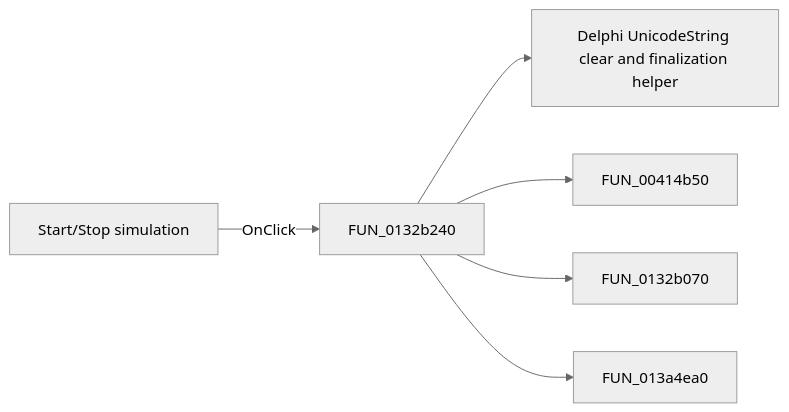
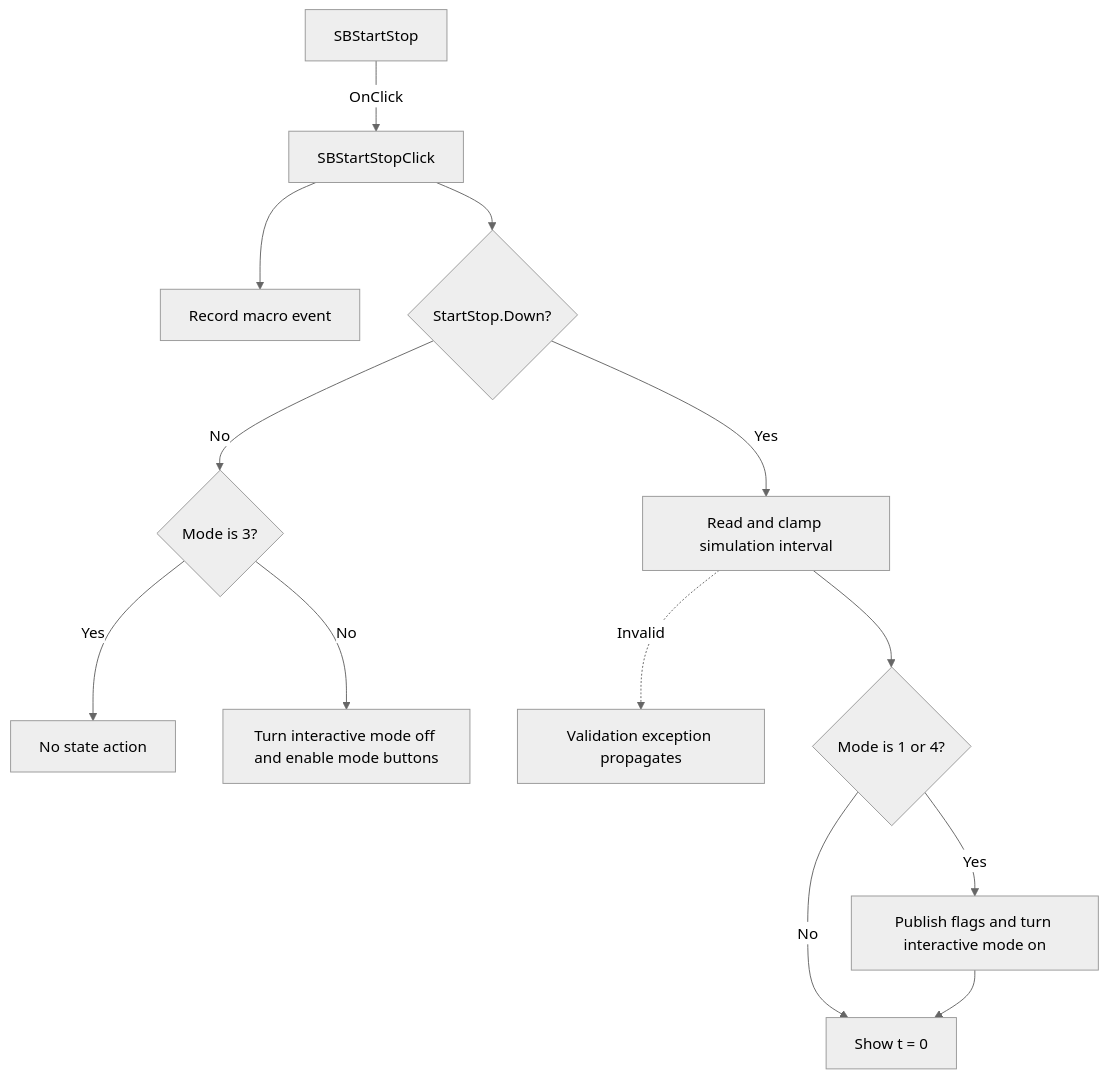
Before and after one commit to MovGP0/TIARA: the diagram in docs/ui-controls/simtimedlg/sbstartstop-e6c196e015.md, drawn with Mermaid (neutral theme). The commit also changed other lines of this file and 1062 other files, not shown here.

````diff
--- a/docs/ui-controls/simtimedlg/sbstartstop-e6c196e015.md
+++ b/docs/ui-controls/simtimedlg/sbstartstop-e6c196e015.md
@@ -27,8 +31,15 @@
 ```mermaid
-flowchart LR
-    control["Start/Stop simulation"] -->|OnClick| handler["FUN_0132b240"]
-    handler --> call1["Delphi UnicodeString clear and finalization helper"]
-    handler --> call2["FUN_00414b50"]
-    handler --> call3["FUN_0132b070"]
-    handler --> call4["FUN_013a4ea0"]
+flowchart TD
+    control["SBStartStop"] -->|OnClick| handler["SBStartStopClick"]
+    handler --> macro["Record macro event"]
+    handler --> running{"StartStop.Down?"}
+    running -->|No| special{"Mode is 3?"}
+    special -->|Yes| noOp["No state action"]
+    special -->|No| stop["Turn interactive mode off and enable mode buttons"]
+    running -->|Yes| interval["Read and clamp simulation interval"]
+    interval -.->|Invalid| error["Validation exception propagates"]
+    interval --> supported{"Mode is 1 or 4?"}
+    supported -->|No| display["Show t = 0"]
+    supported -->|Yes| start["Publish flags and turn interactive mode on"]
+    start --> display
 ```
````
